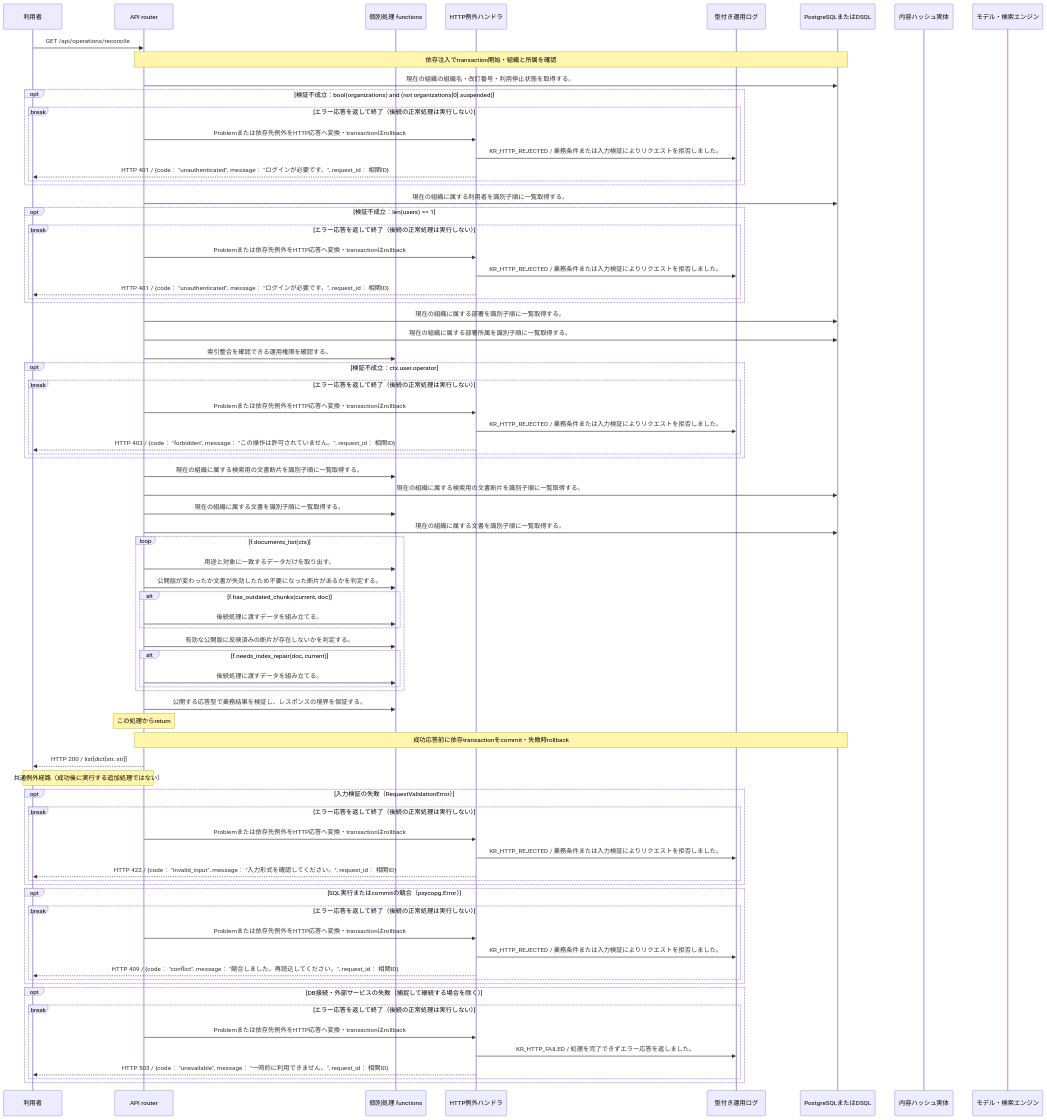
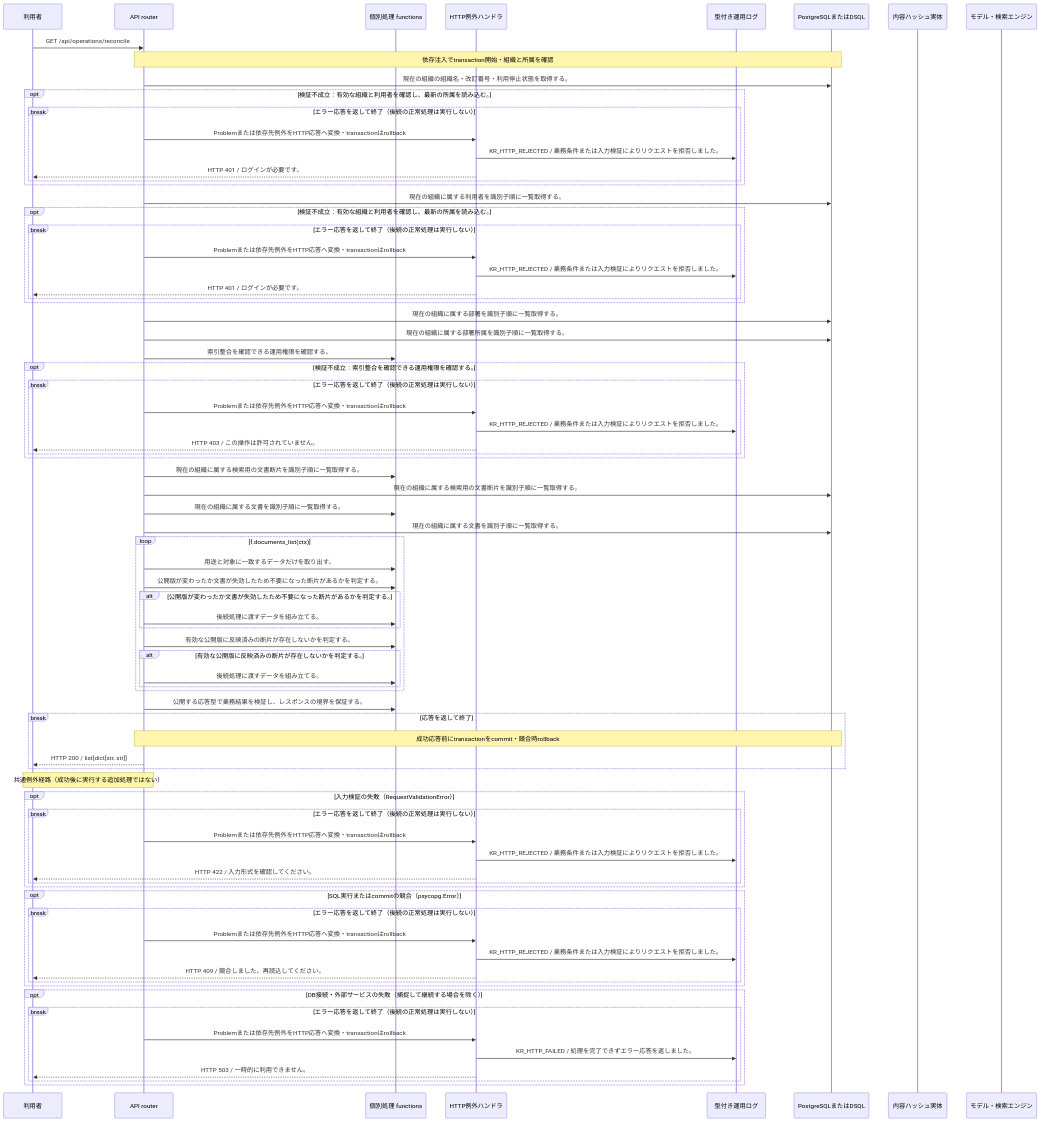
Before and after one commit to tsuji-tomonori/KotoRelay: the diagram in docs/design/generated/api/operations/reconcile_index/sequence.md, drawn with Mermaid. The commit also changed other lines of this file and 245 other files, not shown here.

````diff
--- a/docs/design/generated/api/operations/reconcile_index/sequence.md
+++ b/docs/design/generated/api/operations/reconcile_index/sequence.md
@@ -7,80 +7,81 @@
 ```mermaid
 sequenceDiagram
     participant U as 利用者
     participant A as API router
     participant F as 個別処理 functions
     participant E as HTTP例外ハンドラ
     participant L as 型付き運用ログ
     participant D as PostgreSQLまたはDSQL
     participant S as 内容ハッシュ実体
     participant M as モデル・検索エンジン
     U->>A: GET /api/operations/reconcile
     Note over A,D: 依存注入でtransaction開始・組織と所属を確認
     A->>D: 現在の組織の組織名・改訂番号・利用停止状態を取得する。
-    opt 検証不成立：bool(organizations) and (not organizations[0].suspended)
+    opt 検証不成立：有効な組織と利用者を確認し、最新の所属を読み込む。
     break エラー応答を返して終了（後続の正常処理は実行しない）
     A->>E: Problemまたは依存先例外をHTTP応答へ変換・transactionはrollback
     E->>L: KR_HTTP_REJECTED / 業務条件または入力検証によりリクエストを拒否しました。
-    E-->>U: HTTP 401 / {code： "unauthenticated", message： "ログインが必要です。", request_id： 相関ID}
+    E-->>U: HTTP 401 / ログインが必要です。
     end
     end
     A->>D: 現在の組織に属する利用者を識別子順に一覧取得する。
-    opt 検証不成立：len(users) == 1
+    opt 検証不成立：有効な組織と利用者を確認し、最新の所属を読み込む。
     break エラー応答を返して終了（後続の正常処理は実行しない）
     A->>E: Problemまたは依存先例外をHTTP応答へ変換・transactionはrollback
     E->>L: KR_HTTP_REJECTED / 業務条件または入力検証によりリクエストを拒否しました。
-    E-->>U: HTTP 401 / {code： "unauthenticated", message： "ログインが必要です。", request_id： 相関ID}
+    E-->>U: HTTP 401 / ログインが必要です。
     end
     end
     A->>D: 現在の組織に属する部署を識別子順に一覧取得する。
     A->>D: 現在の組織に属する部署所属を識別子順に一覧取得する。
     A->>F: 索引整合を確認できる運用権限を確認する。
-    opt 検証不成立：ctx.user.operator
+    opt 検証不成立：索引整合を確認できる運用権限を確認する。
     break エラー応答を返して終了（後続の正常処理は実行しない）
     A->>E: Problemまたは依存先例外をHTTP応答へ変換・transactionはrollback
     E->>L: KR_HTTP_REJECTED / 業務条件または入力検証によりリクエストを拒否しました。
-    E-->>U: HTTP 403 / {code： "forbidden", message： "この操作は許可されていません。", request_id： 相関ID}
+    E-->>U: HTTP 403 / この操作は許可されていません。
     end
     end
     A->>F: 現在の組織に属する検索用の文書断片を識別子順に一覧取得する。
     A->>D: 現在の組織に属する検索用の文書断片を識別子順に一覧取得する。
     A->>F: 現在の組織に属する文書を識別子順に一覧取得する。
     A->>D: 現在の組織に属する文書を識別子順に一覧取得する。
     loop f.documents_list(ctx)
     A->>F: 用途と対象に一致するデータだけを取り出す。
     A->>F: 公開版が変わったか文書が失効したため不要になった断片があるかを判定する。
-    alt f.has_outdated_chunks(current, doc)
+    alt 公開版が変わったか文書が失効したため不要になった断片があるかを判定する。
     A->>F: 後続処理に渡すデータを組み立てる。
     end
     A->>F: 有効な公開版に反映済みの断片が存在しないかを判定する。
-    alt f.needs_index_repair(doc, current)
+    alt 有効な公開版に反映済みの断片が存在しないかを判定する。
     A->>F: 後続処理に渡すデータを組み立てる。
     end
     end
     A->>F: 公開する応答型で業務結果を検証し、レスポンスの境界を保証する。
-    Note over A: この処理からreturn
-    Note over A,D: 成功応答前に依存transactionをcommit・失敗時rollback
+    break 応答を返して終了
+    Note over A,D: 成功応答前にtransactionをcommit・競合時rollback
     A-->>U: HTTP 200 / list[dict[str, str]]
+    end
     Note over A,U: 共通例外経路（成功後に実行する追加処理ではない）
     opt 入力検証の失敗（RequestValidationError）
     break エラー応答を返して終了（後続の正常処理は実行しない）
     A->>E: Problemまたは依存先例外をHTTP応答へ変換・transactionはrollback
     E->>L: KR_HTTP_REJECTED / 業務条件または入力検証によりリクエストを拒否しました。
-    E-->>U: HTTP 422 / {code： "invalid_input", message： "入力形式を確認してください。", request_id： 相関ID}
+    E-->>U: HTTP 422 / 入力形式を確認してください。
     end
     end
     opt SQL実行またはcommitの競合（psycopg.Error）
     break エラー応答を返して終了（後続の正常処理は実行しない）
     A->>E: Problemまたは依存先例外をHTTP応答へ変換・transactionはrollback
     E->>L: KR_HTTP_REJECTED / 業務条件または入力検証によりリクエストを拒否しました。
-    E-->>U: HTTP 409 / {code： "conflict", message： "競合しました。再読込してください。", request_id： 相関ID}
+    E-->>U: HTTP 409 / 競合しました。再読込してください。
     end
     end
     opt DB接続・外部サービスの失敗（捕捉して継続する場合を除く）
     break エラー応答を返して終了（後続の正常処理は実行しない）
     A->>E: Problemまたは依存先例外をHTTP応答へ変換・transactionはrollback
     E->>L: KR_HTTP_FAILED / 処理を完了できずエラー応答を返しました。
-    E-->>U: HTTP 503 / {code： "unavailable", message： "一時的に利用できません。", request_id： 相関ID}
+    E-->>U: HTTP 503 / 一時的に利用できません。
     end
     end
 ```
````
